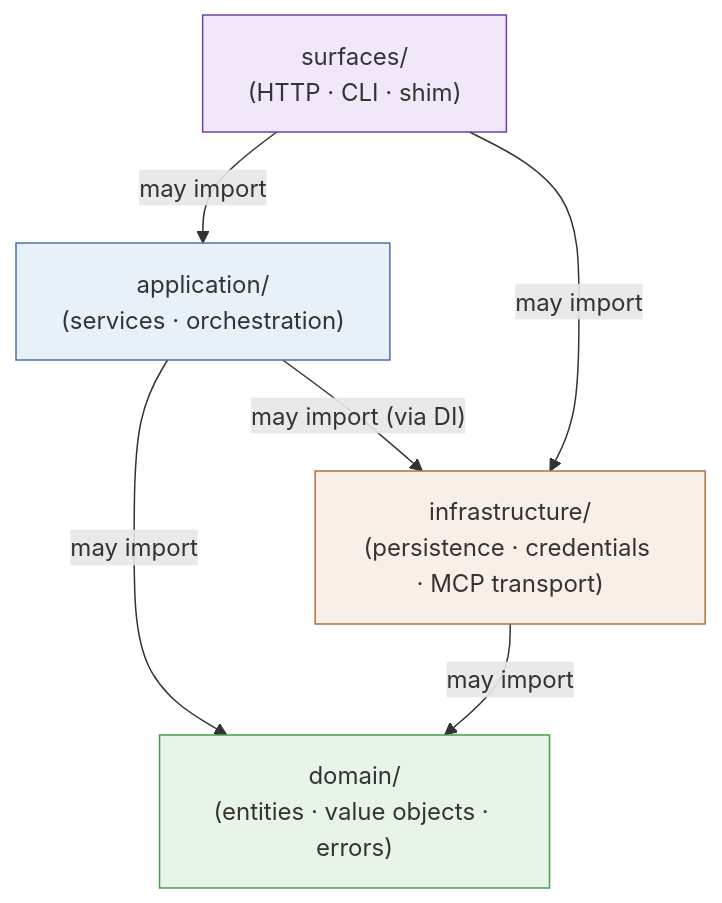
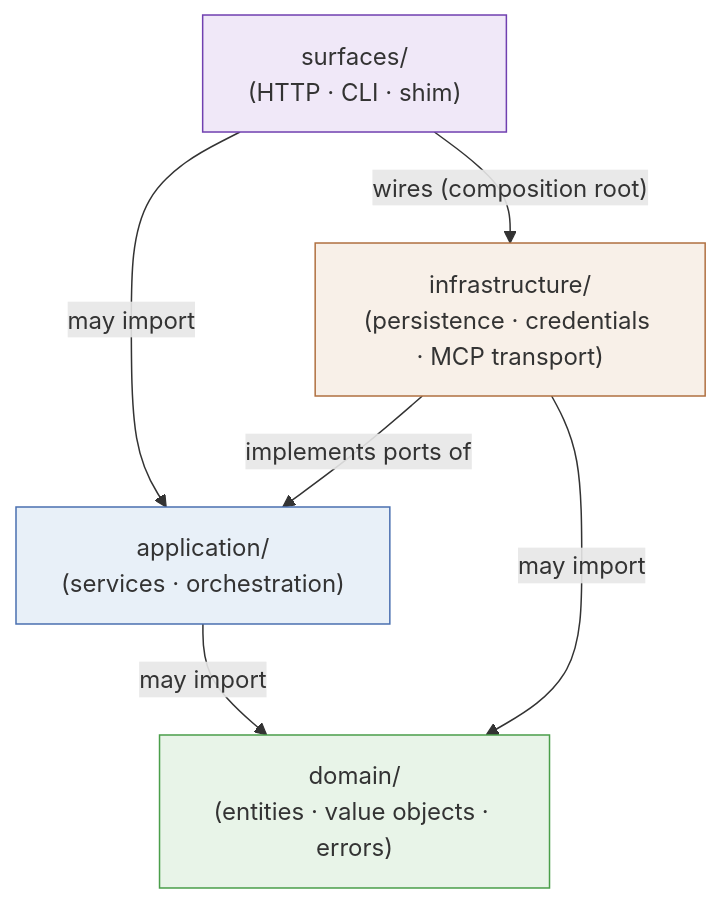
The diagram in docs-site/architecture/layering.md (wyx-sg/Coffer), drawn with Mermaid before and after one commit. The commit also changed other lines of this file and 163 other files, not shown here.

````diff
--- a/docs-site/architecture/layering.md
+++ b/docs-site/architecture/layering.md
@@ -190,18 +210,18 @@
 ```mermaid
 graph TD
     S["surfaces/\n(HTTP · CLI · shim)"]
     A["application/\n(services · orchestration)"]
     D["domain/\n(entities · value objects · errors)"]
     I["infrastructure/\n(persistence · credentials · MCP transport)"]
 
     S -->|"may import"| A
-    S -->|"may import"| I
+    S -->|"wires (composition root)"| I
     A -->|"may import"| D
-    A -->|"may import (via DI)"| I
+    I -->|"implements ports of"| A
     I -->|"may import"| D
 
     style D fill:#e8f4e8,stroke:#4a9e4a
     style A fill:#e8f0f8,stroke:#4a70b0
     style I fill:#f8f0e8,stroke:#b07040
     style S fill:#f0e8f8,stroke:#7040b0
 ```
````
